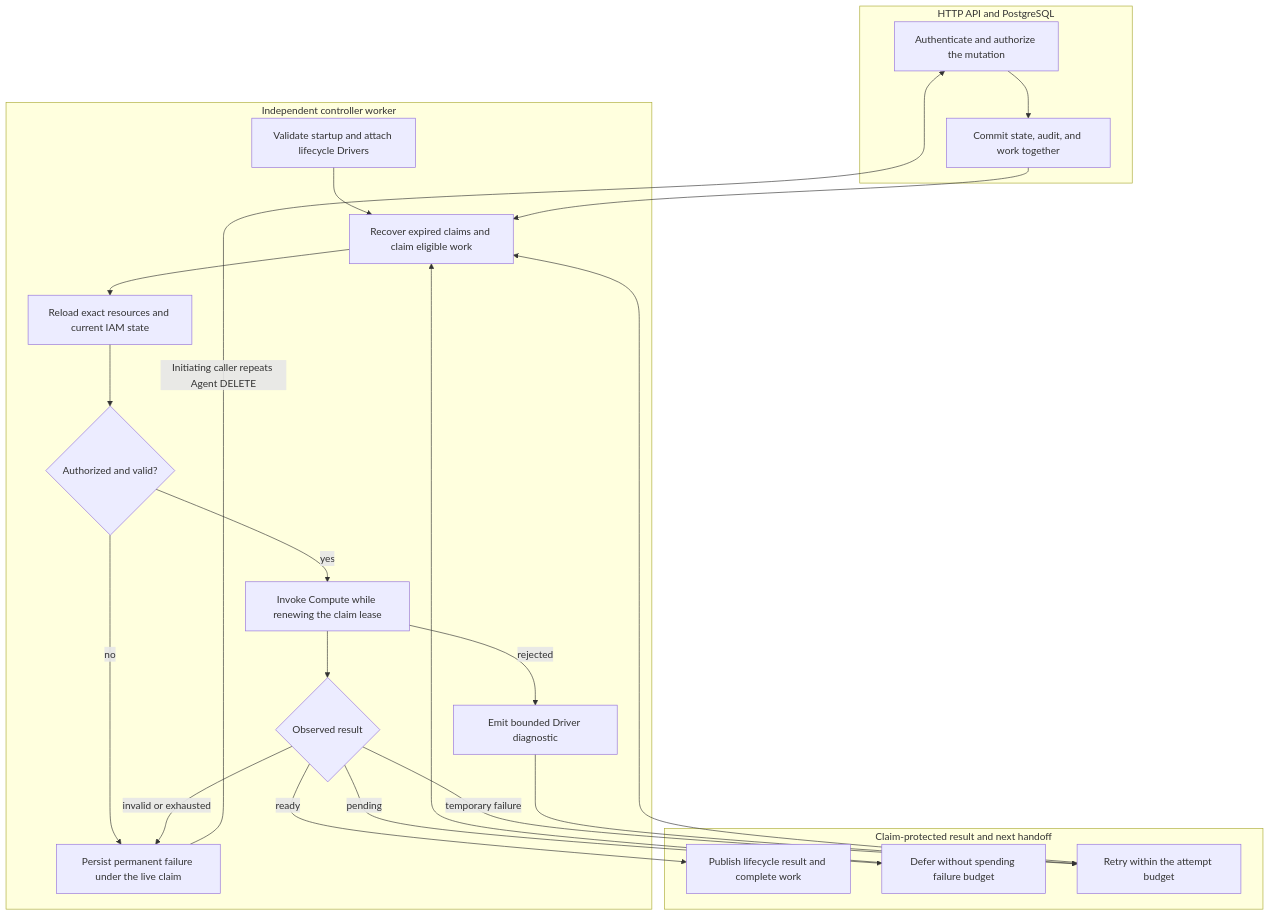
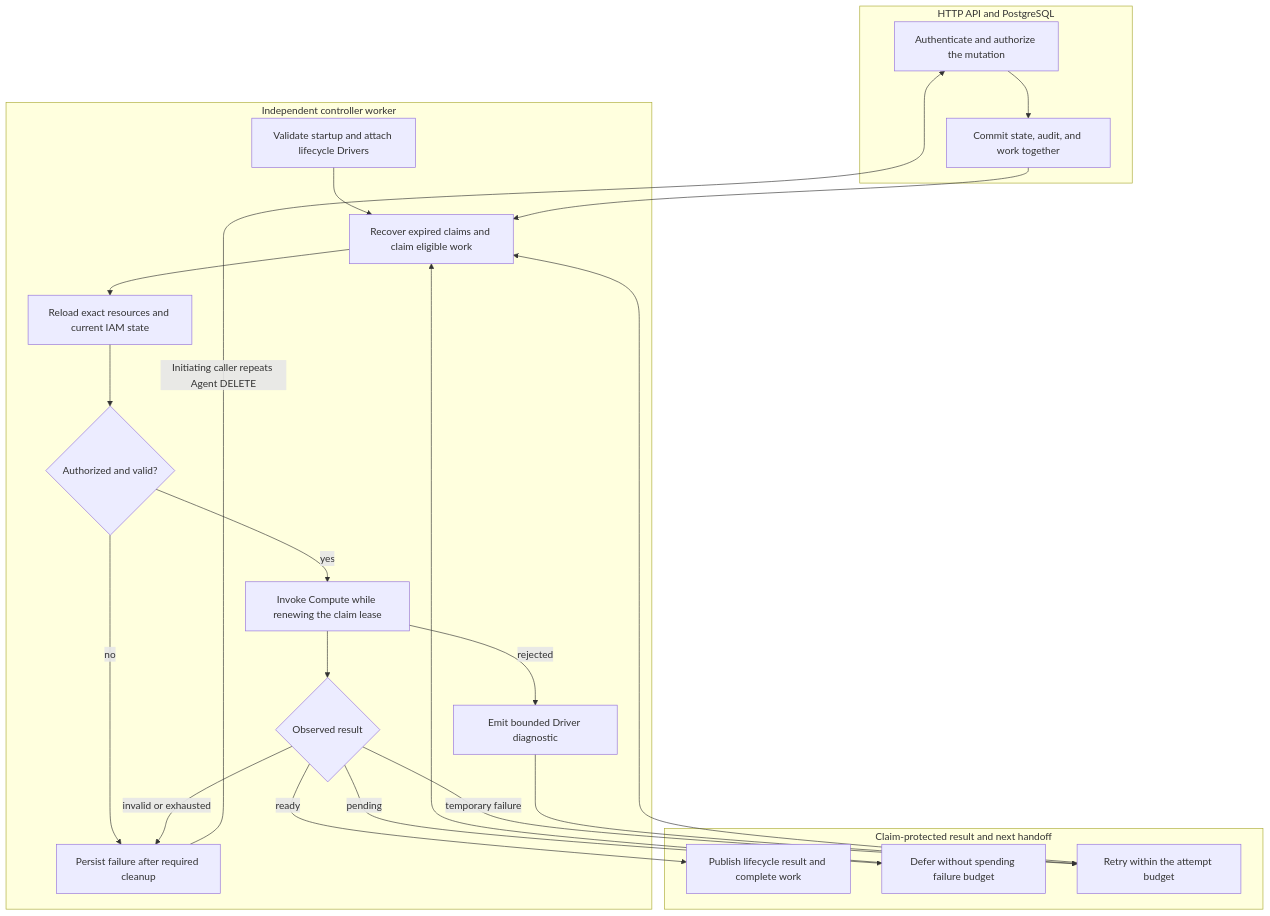
Before and after one commit to openclaw/openclaw-enterprise: the diagram in docs/flows/controller-worker.md, drawn with Mermaid. The commit also changed other lines of this file and 31 other files, not shown here.

````diff
--- a/docs/flows/controller-worker.md
+++ b/docs/flows/controller-worker.md
@@ -30,26 +30,26 @@
 ```mermaid
 graph TD
     subgraph Admission["HTTP API and PostgreSQL"]
         A["Authenticate and authorize the mutation"] --> B["Commit state, audit, and work together"]
     end
     subgraph Worker["Independent controller worker"]
         C["Validate startup and attach lifecycle Drivers"] --> D["Recover expired claims and claim eligible work"]
         B --> D
         D --> E["Reload exact resources and current IAM state"]
         E --> F{"Authorized and valid?"}
         F -->|yes| G["Invoke Compute while renewing the claim lease"]
-        F -->|no| H["Persist permanent failure under the live claim"]
+        F -->|no| H["Persist failure after required cleanup"]
         G --> I{"Observed result"}
         G -->|rejected| R["Emit bounded Driver diagnostic"]
     end
     subgraph Outcome["Claim-protected result and next handoff"]
         I -->|ready| J["Publish lifecycle result and complete work"]
         I -->|pending| K["Defer without spending failure budget"]
         I -->|temporary failure| L["Retry within the attempt budget"]
         R --> L
         I -->|invalid or exhausted| H
         K --> D
         L --> D
         H -->|"Initiating caller repeats Agent DELETE"| A
     end
 ```
````
